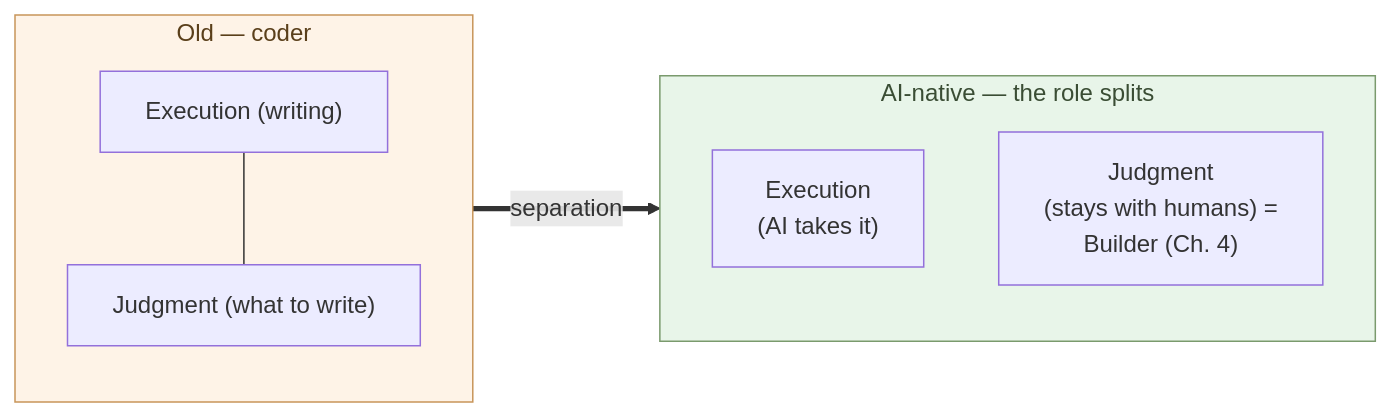
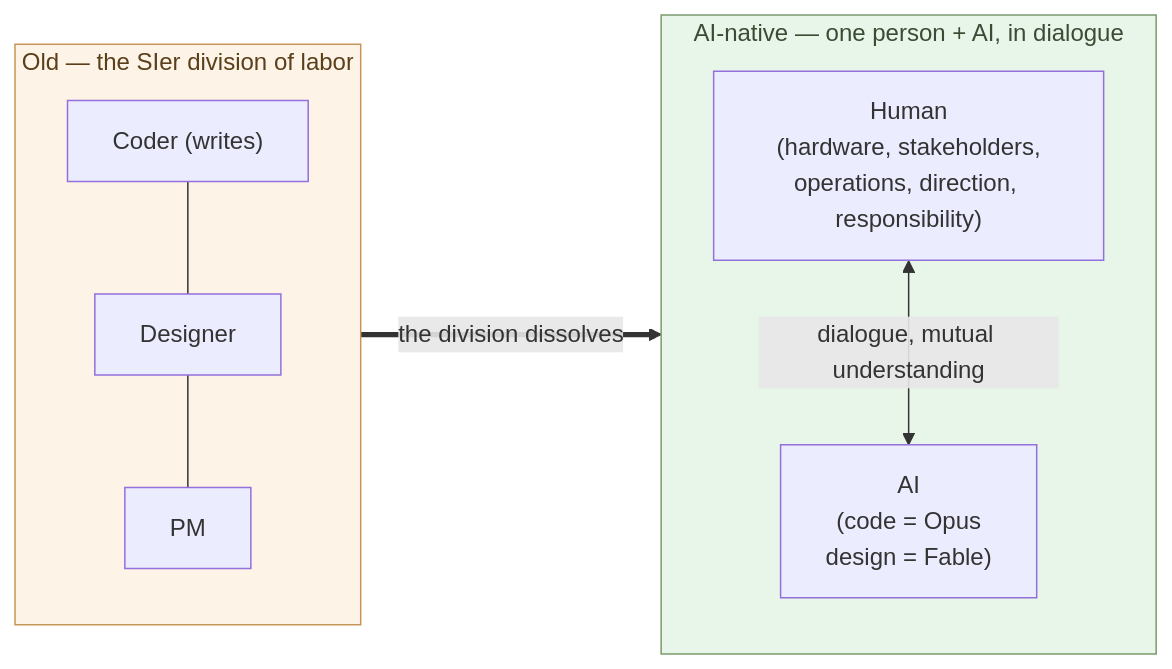
Before and after one commit to aiseed-dev/website: the diagram in articles/ai-native-ways/software/03-coder-end/en.md, drawn with Mermaid. The commit also changed other lines of this file and 1 other file, not shown here.

````diff
--- a/articles/ai-native-ways/software/03-coder-end/en.md
+++ b/articles/ai-native-ways/software/03-coder-end/en.md
@@ -142,22 +138,24 @@
 ```mermaid
 flowchart LR
-  subgraph Old["Old — coder"]
+  subgraph Old["Old — the SIer division of labor"]
     direction TB
-    OE["Execution (writing)"]
-    OJ["Judgment (what to write)"]
-    OE --- OJ
+    OC["Coder (writes)"]
+    OD["Designer"]
+    OP["PM"]
+    OC --- OD --- OP
   end
 
-  subgraph New["AI-native — the role splits"]
+  subgraph New["AI-native — one person + AI, in dialogue"]
     direction TB
-    NE["Execution<br/>(AI takes it)"]
-    NJ["Judgment<br/>(stays with humans) =<br/>Builder (Ch. 4)"]
+    H["Human<br/>(hardware, stakeholders,<br/>operations, direction, responsibility)"]
+    A["AI<br/>(code = Opus<br/>design = Fable)"]
+    H <-->|dialogue, mutual understanding| A
   end
 
-  Old ==>|separation| New
+  Old ==>|the division dissolves| New
 
   classDef good fill:#e8f5e9,stroke:#7a9a6d,color:#3a4d34
   classDef bad fill:#fef3e7,stroke:#c89559,color:#5a3f1a
   class New good
   class Old bad
 ```
````
